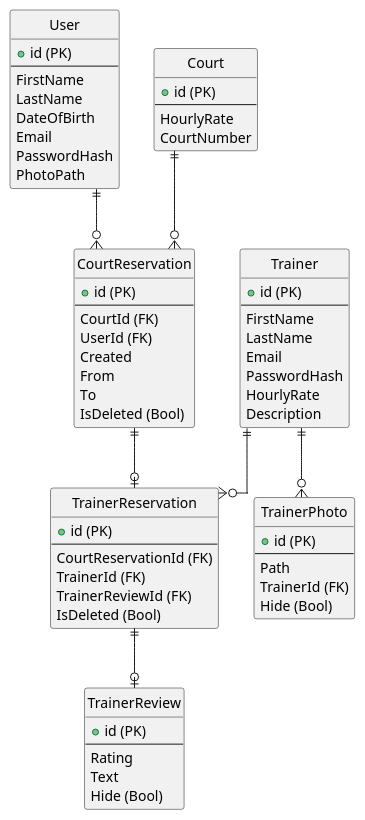
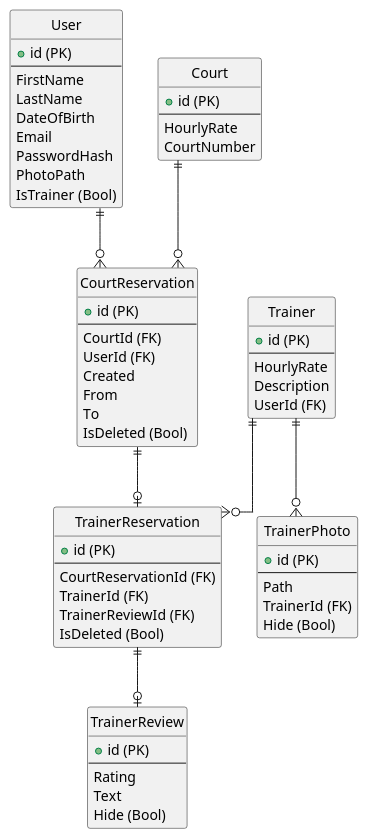
One commit to radohanculak/pv179-badminton changed the diagram in diagram/erd.puml. Above: the diagram before and after it, drawn with PlantUML. The commit also changed 1 other file, not shown here.

Commit message:
fix(diagram): now really consistent with our model

```diff
--- a/diagram/erd.puml
+++ b/diagram/erd.puml
@@ -1,82 +1,80 @@
-@startuml
+@startuml SprintERD
 
 ' hide the spot
 hide circle
 
 ' avoid problems with angled crows feet
 skinparam linetype ortho
 
 
 entity User  {
   + id (PK)
   --
   FirstName
   LastName
   DateOfBirth
   Email
   PasswordHash
   PhotoPath
+  IsTrainer (Bool)
 }
 
 entity Trainer  {
   + id (PK)
   --
-  FirstName
-  LastName
-  Email
-  PasswordHash
   HourlyRate
   Description
+  UserId (FK)
 }
 
 entity TrainerPhoto {
   + id (PK)
   --
   Path
   TrainerId (FK)
   Hide (Bool)
 }
 
 entity TrainerReview {
   + id (PK)
   --
   Rating
   Text
   Hide (Bool)
 }
 
 entity Court {
   + id (PK)
   --
   HourlyRate
   CourtNumber
 }
 
 entity CourtReservation {
   + id (PK)
   --
   CourtId (FK)
   UserId (FK)
   Created
   From
   To
   IsDeleted (Bool)
 }
 
 entity TrainerReservation {
   + id (PK)
   --
   CourtReservationId (FK)
   TrainerId (FK)
   TrainerReviewId (FK)
   IsDeleted (Bool)
 }
 
 User ||--o{ CourtReservation
 CourtReservation ||--o| TrainerReservation
 Trainer ||--o{ TrainerReservation
 Trainer ||--o{ TrainerPhoto
 Court ||--o{ CourtReservation
 TrainerReservation ||--o| TrainerReview
 
 @enduml
```
